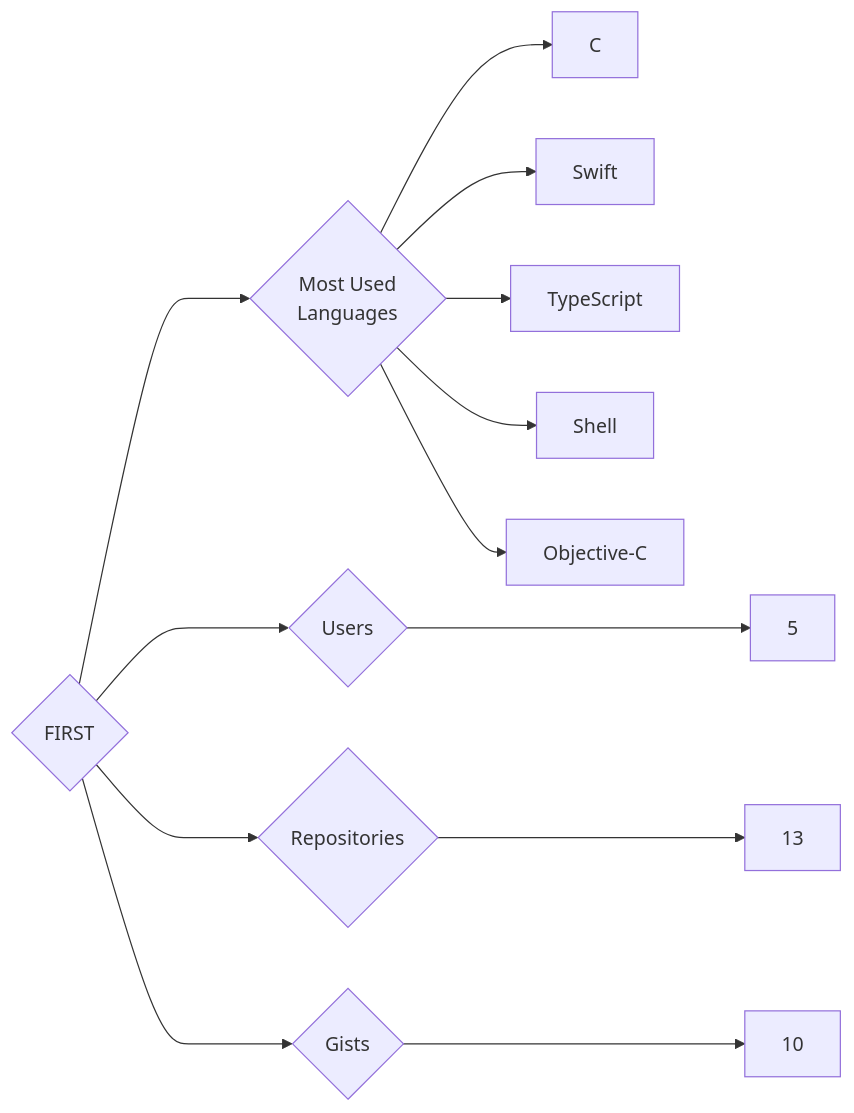
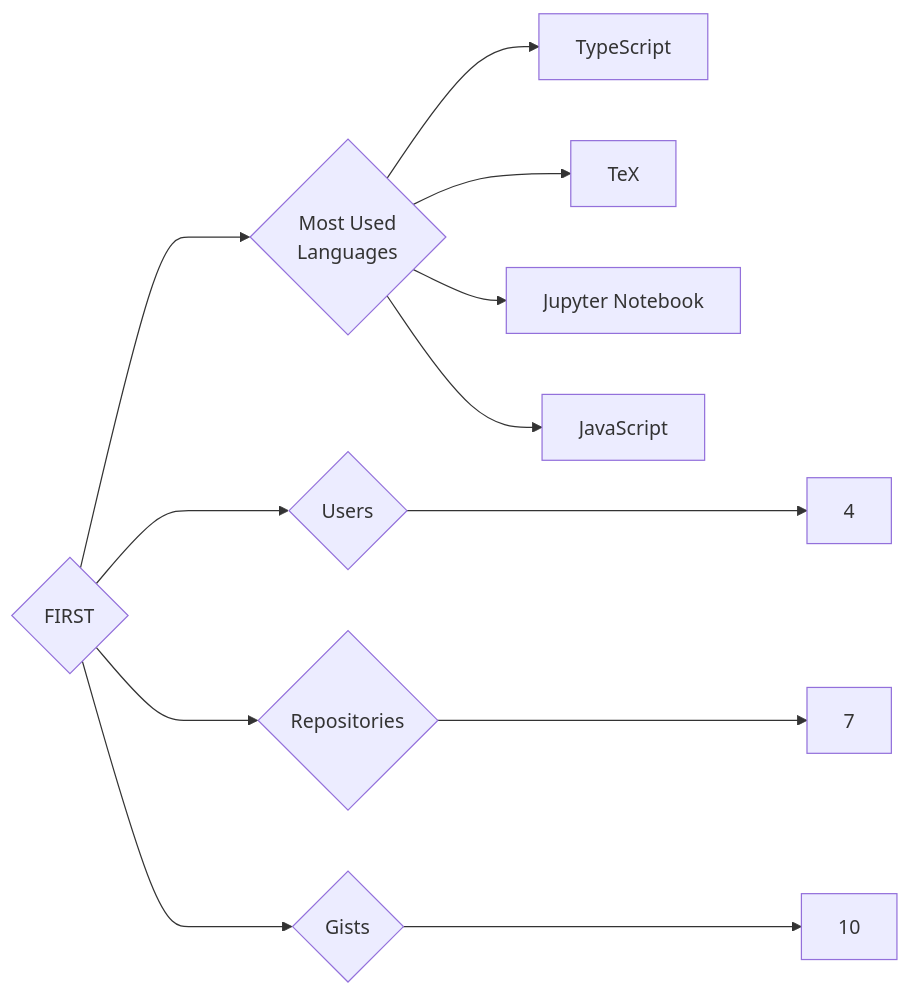
The diagram in targets/FIRST/README.md (trickest/insiders), drawn with Mermaid before and after one commit. The commit also changed 1007 other files, not shown here.

````diff
--- a/targets/FIRST/README.md
+++ b/targets/FIRST/README.md
@@ -3,13 +3,12 @@
 ```mermaid
 graph LR
 COMPANY_NAME{FIRST}
-COMPANY_NAME ---> U{Users} ---> UN[5]
-COMPANY_NAME ---> R{Repositories} ---> RN[13]
+COMPANY_NAME ---> U{Users} ---> UN[4]
+COMPANY_NAME ---> R{Repositories} ---> RN[7]
 COMPANY_NAME ---> G{Gists} ---> GN[10]
 COMPANY_NAME ---> ML{Most Used<br>Languages}
-ML --> C[C]
-ML --> Swift[Swift]
 ML --> TypeScript[TypeScript]
-ML --> Shell[Shell]
-ML --> Objective-C[Objective-C]
+ML --> TeX[TeX]
+ML --> Jupyter_Notebook[Jupyter Notebook]
+ML --> JavaScript[JavaScript]
 ```
````
